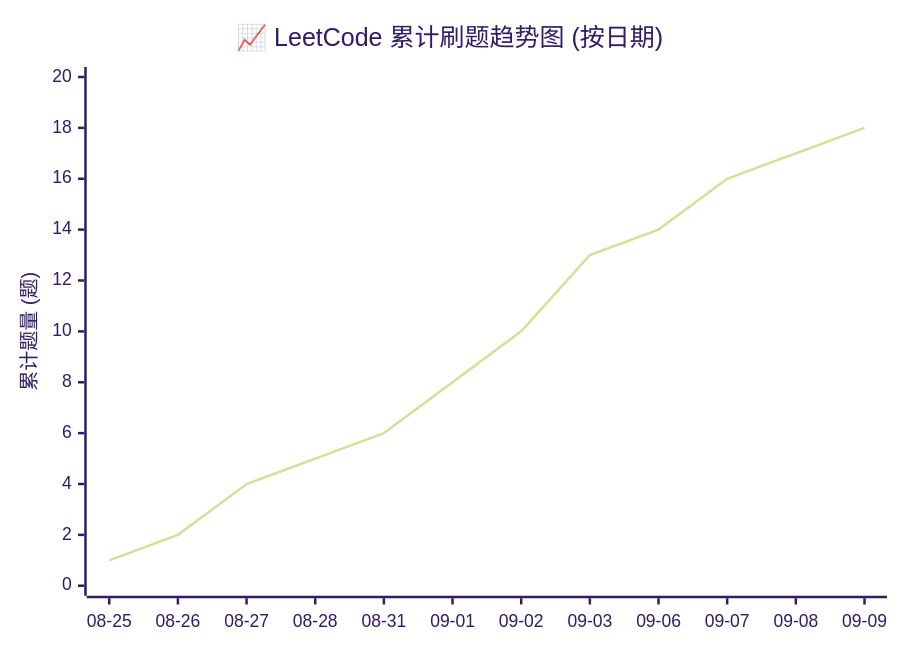
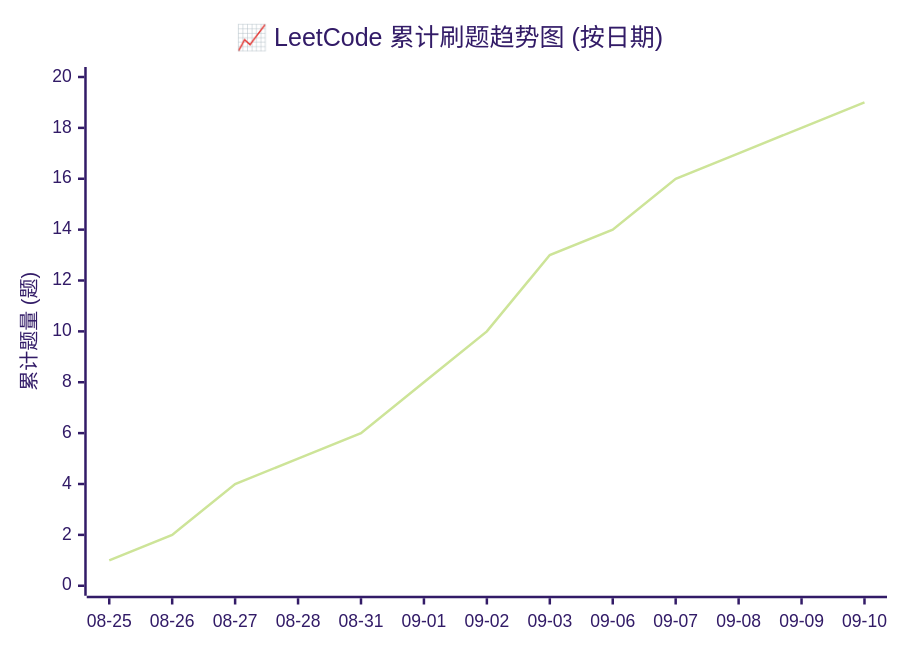
The diagram in README.md (hexinbyte/LeetCode-Journey), drawn with Mermaid (forest theme) before and after one commit. The commit also changed other lines of this file and 2 other files, not shown here.

````diff
--- a/README.md
+++ b/README.md
@@ -16,7 +16,7 @@
 ```mermaid
 xychart-beta
     title "📈 LeetCode 累计刷题趋势图 (按日期)"
-    x-axis ["08-25", "08-26", "08-27", "08-28", "08-31", "09-01", "09-02", "09-03", "09-06", "09-07", "09-08", "09-09"]
+    x-axis ["08-25", "08-26", "08-27", "08-28", "08-31", "09-01", "09-02", "09-03", "09-06", "09-07", "09-08", "09-09", "09-10"]
     y-axis "累计题量 (题)" 0 --> 20
-    line [1, 2, 4, 5, 6, 8, 10, 13, 14, 16, 17, 18]
+    line [1, 2, 4, 5, 6, 8, 10, 13, 14, 16, 17, 18, 19]
 ```
````
